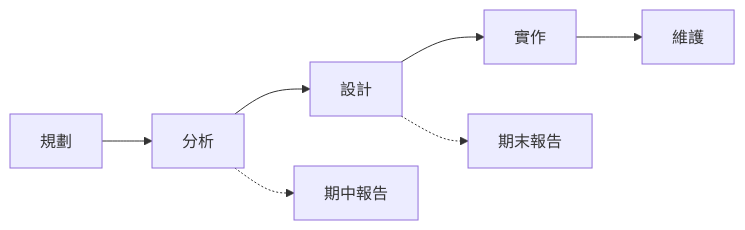
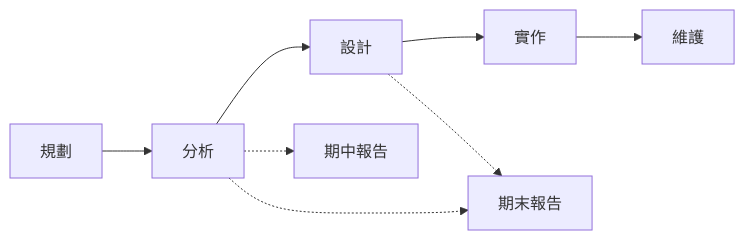
One commit to billy1125/system-analysis-and-design changed the third of 3 diagrams in 01-Course-Materials/01-Systems-and-Analysis.md. Above: the diagram before and after it, drawn with Mermaid. The commit also changed other lines of this file and 13 other files, not shown here.

````diff
--- a/01-Course-Materials/01-Systems-and-Analysis.md
+++ b/01-Course-Materials/01-Systems-and-Analysis.md
@@ -226,10 +230,11 @@
 ```mermaid
 flowchart LR
     A[規劃] --> B[分析]
     B --> C[設計]
     C --> D[實作]
     D --> E[維護]
 
     B -.-> M[期中報告]
-    C -.-> F[期末報告]
+    B -.-> F[期末報告]
+    C -.-> F
 ```
````
